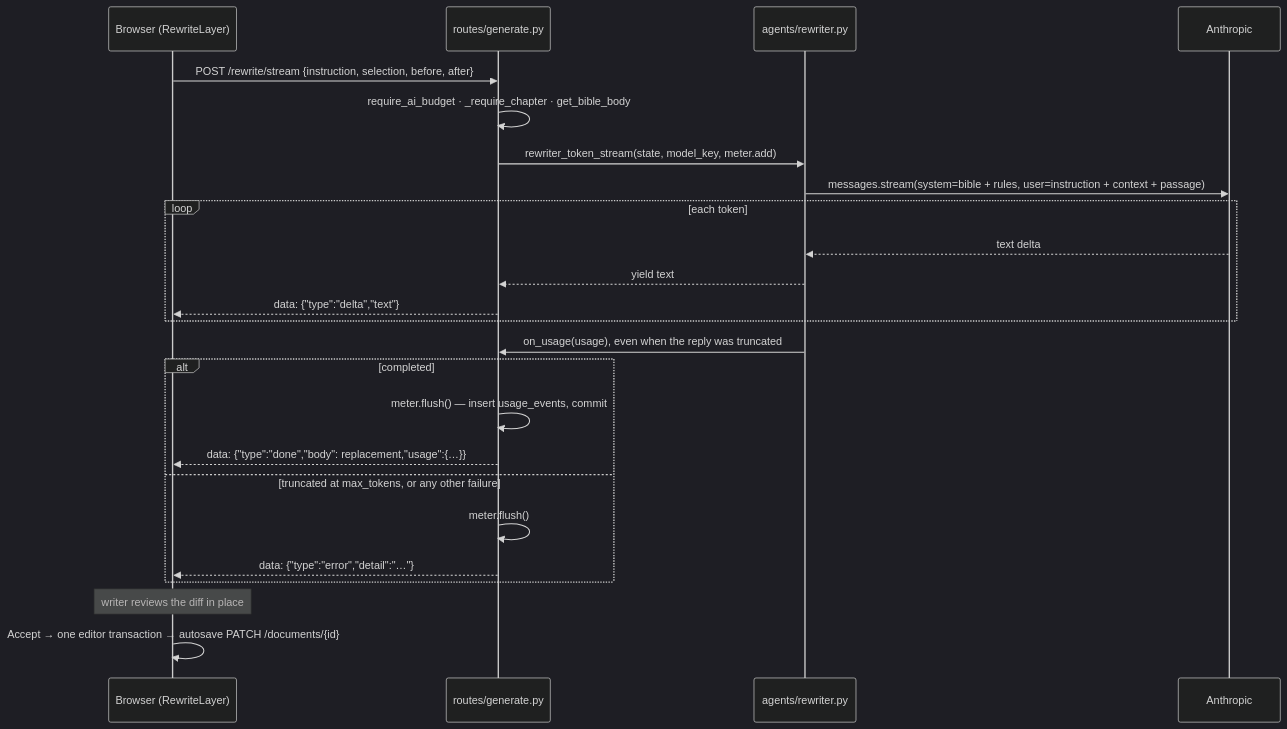
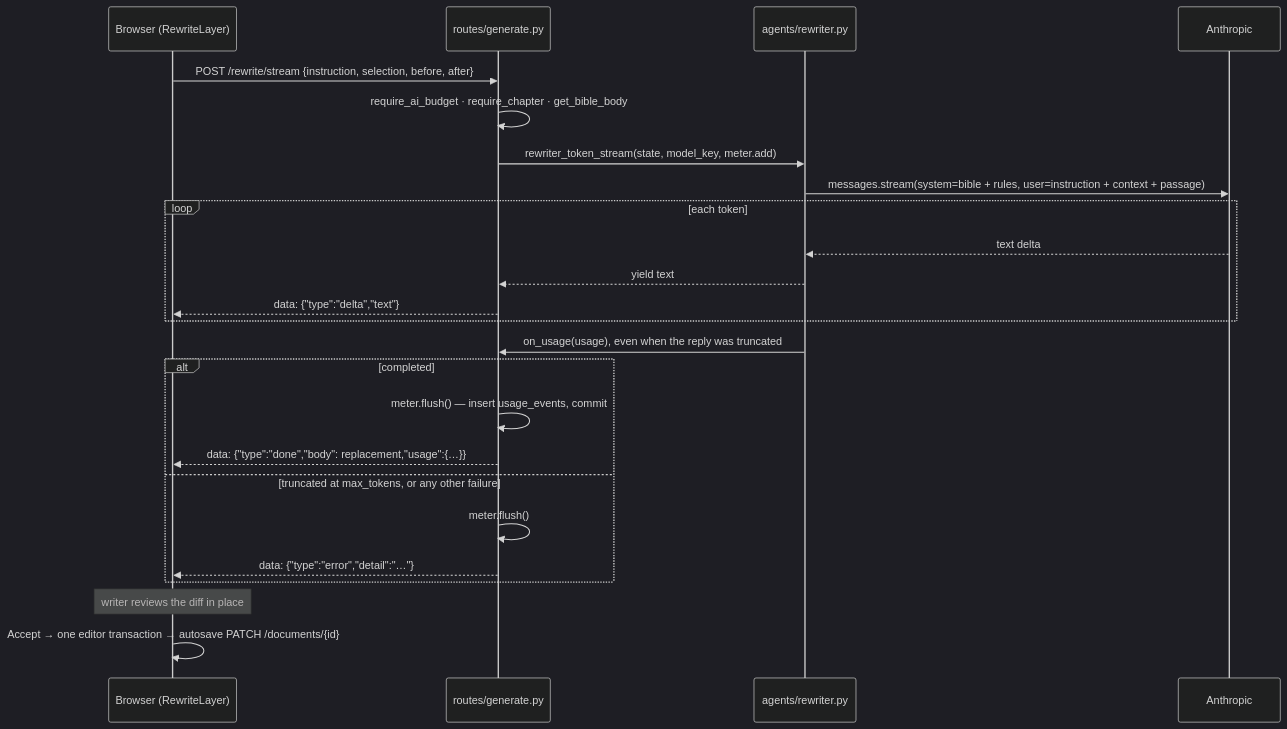
Before and after one commit to Akazz-L/maya: the fifth of 5 diagrams in docs/diagrams/03-backend-workflows.md, drawn with Mermaid (dark theme). The commit also changed other lines of this file and 52 other files, not shown here.

````diff
--- a/docs/diagrams/03-backend-workflows.md
+++ b/docs/diagrams/03-backend-workflows.md
@@ -189,27 +253,27 @@
 ```mermaid
 sequenceDiagram
     participant B as Browser (RewriteLayer)
     participant R as routes/generate.py
     participant A as agents/rewriter.py
     participant M as Anthropic
 
     B->>R: POST /rewrite/stream {instruction, selection, before, after}
-    R->>R: require_ai_budget · _require_chapter · get_bible_body
+    R->>R: require_ai_budget · require_chapter · get_bible_body
     R->>A: rewriter_token_stream(state, model_key, meter.add)
     A->>M: messages.stream(system=bible + rules, user=instruction + context + passage)
     loop each token
         M-->>A: text delta
         A-->>R: yield text
         R-->>B: data: {"type":"delta","text"}
     end
     A->>R: on_usage(usage), even when the reply was truncated
     alt completed
         R->>R: meter.flush() — insert usage_events, commit
         R-->>B: data: {"type":"done","body": replacement,"usage":{…}}
     else truncated at max_tokens, or any other failure
         R->>R: meter.flush()
         R-->>B: data: {"type":"error","detail":"…"}
     end
     Note over B: writer reviews the diff in place
     B->>B: Accept → one editor transaction → autosave PATCH /documents/{id}
 ```
````
